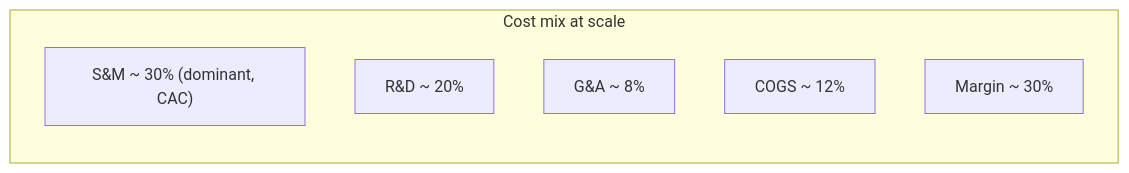
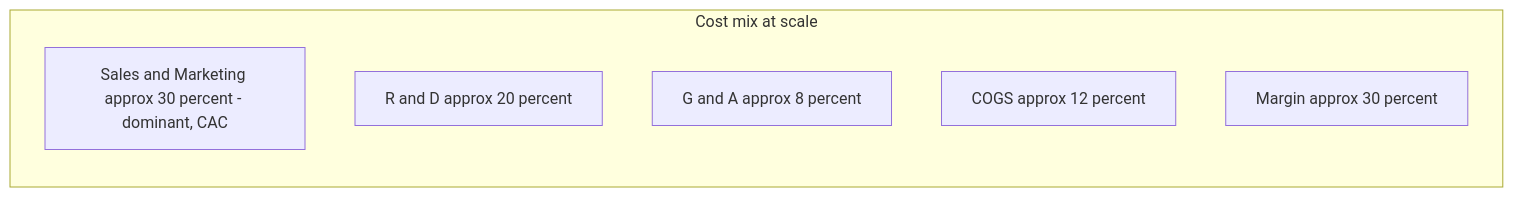
Diagram 13 of 14 in market-research-hs.md (adam-sabri09/Pace), drawn with Mermaid before and after one commit. The commit also changed other lines of this file, not shown here.

First line of the commit message:
docs(research): harden Part II mermaid for cross-renderer compatibility

````diff
--- a/market-research-hs.md
+++ b/market-research-hs.md
@@ -831,10 +837,10 @@
 ```mermaid
 flowchart LR
-    subgraph "Cost mix at scale"
-      SM["S&M ~ 30% (dominant, CAC)"]
-      RD["R&D ~ 20%"]
-      GA["G&A ~ 8%"]
-      COGS["COGS ~ 12%"]
-      MGN["Margin ~ 30%"]
+    subgraph CostMix["Cost mix at scale"]
+      SM["Sales and Marketing approx 30 percent - dominant, CAC"]
+      RD["R and D approx 20 percent"]
+      GA["G and A approx 8 percent"]
+      COGS["COGS approx 12 percent"]
+      MGN["Margin approx 30 percent"]
     end
 ```
````
